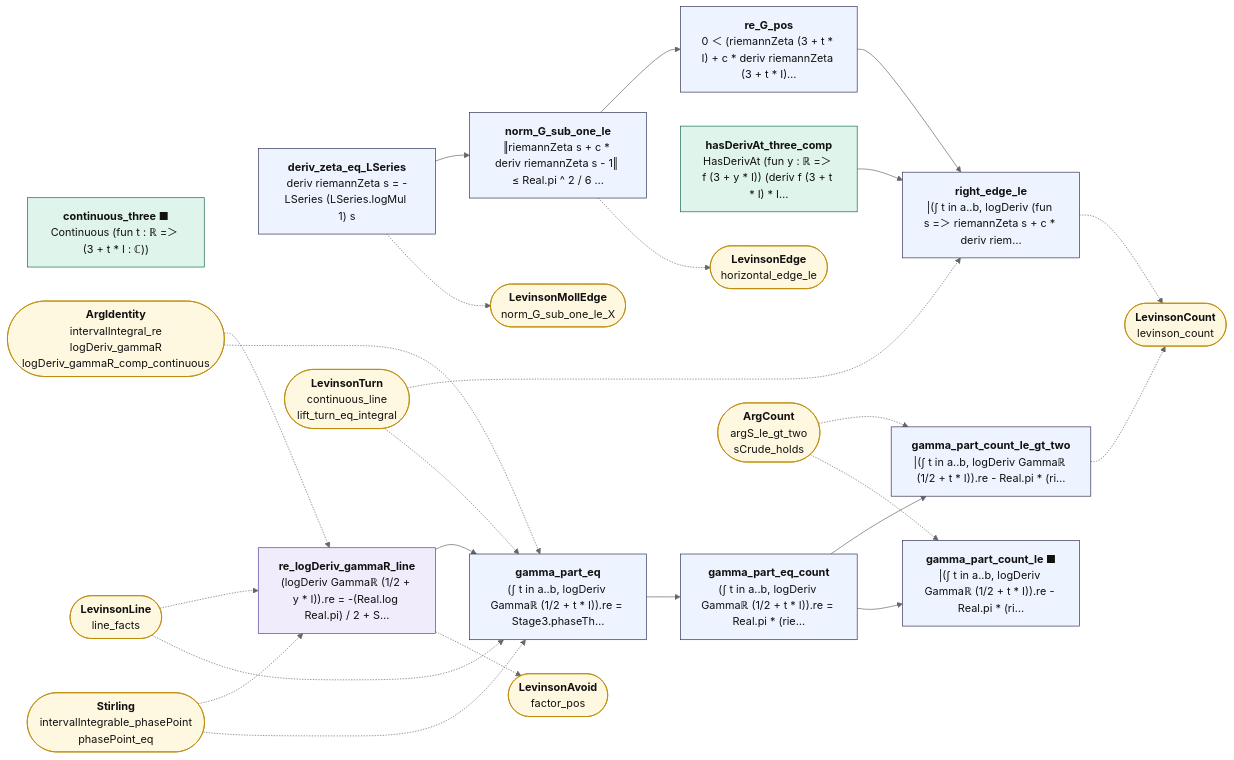
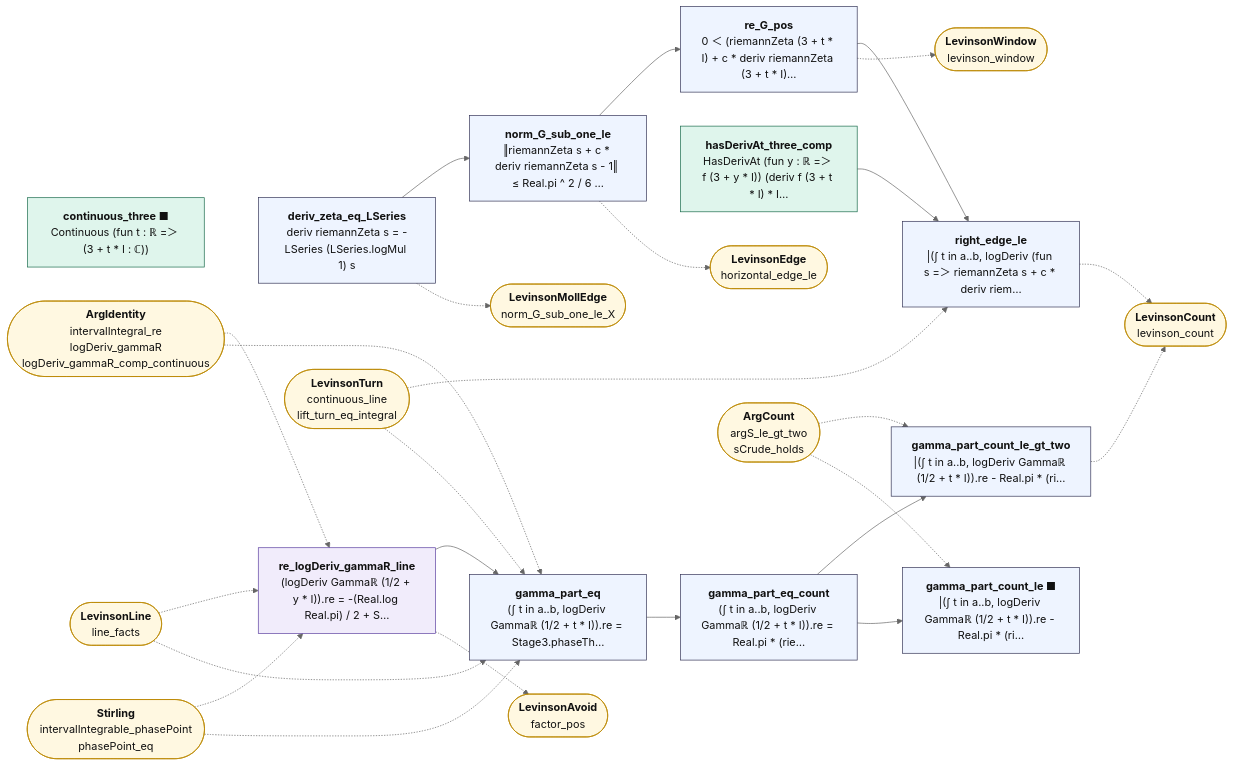
One commit to juliansambranojr/Primebeat_081426 changed the diagram in map/lean_stage3/LevinsonSize.md. Above: the diagram before and after it, drawn with Mermaid (neutral theme). The commit also changed other lines of this file and 37 other files, not shown here.

````diff
--- a/map/lean_stage3/LevinsonSize.md
+++ b/map/lean_stage3/LevinsonSize.md
@@ -14,54 +14,56 @@
 ```mermaid
 flowchart LR
   n0["<b>deriv_zeta_eq_LSeries</b><br/>deriv riemannZeta s = -LSeries (LSeries.logMul 1) s"]:::thm
   n1["<b>norm_G_sub_one_le</b><br/>‖riemannZeta s + c * deriv riemannZeta s - 1‖ ≤ Real.pi ^ 2 / 6 …"]:::thm
   n2["<b>re_G_pos</b><br/>0 ＜ (riemannZeta (3 + t * I) + c * deriv riemannZeta (3 + t * I)…"]:::thm
   n3["<b>hasDerivAt_three_comp</b><br/>HasDerivAt (fun y : ℝ =＞ f (3 + y * I)) (deriv f (3 + t * I) * I…"]:::cnt
   n4["<b>continuous_three ■</b><br/>Continuous (fun t : ℝ =＞ (3 + t * I : ℂ))"]:::cnt
   n5["<b>right_edge_le</b><br/>|(∫ t in a..b, logDeriv (fun s =＞ riemannZeta s + c * deriv riem…"]:::thm
   n6["<b>re_logDeriv_gammaR_line</b><br/>(logDeriv Gammaℝ (1/2 + y * I)).re = -(Real.log Real.pi) / 2 + S…"]:::shp
   n7["<b>gamma_part_eq</b><br/>(∫ t in a..b, logDeriv Gammaℝ (1/2 + t * I)).re = Stage3.phaseTh…"]:::thm
   n8["<b>gamma_part_eq_count</b><br/>(∫ t in a..b, logDeriv Gammaℝ (1/2 + t * I)).re = Real.pi * (rie…"]:::thm
   n9["<b>gamma_part_count_le ■</b><br/>|(∫ t in a..b, logDeriv Gammaℝ (1/2 + t * I)).re - Real.pi * (ri…"]:::thm
   n10["<b>gamma_part_count_le_gt_two</b><br/>|(∫ t in a..b, logDeriv Gammaℝ (1/2 + t * I)).re - Real.pi * (ri…"]:::thm
   x0(["<b>LevinsonMollEdge</b><br/>norm_G_sub_one_le_X"]):::ext
   x1(["<b>LevinsonEdge</b><br/>horizontal_edge_le"]):::ext
-  x2(["<b>LevinsonTurn</b><br/>continuous_line<br/>lift_turn_eq_integral"]):::ext
-  x3(["<b>LevinsonCount</b><br/>levinson_count"]):::ext
-  x4(["<b>ArgIdentity</b><br/>intervalIntegral_re<br/>logDeriv_gammaR<br/>logDeriv_gammaR_comp_continuous"]):::ext
-  x5(["<b>LevinsonLine</b><br/>line_facts"]):::ext
-  x6(["<b>Stirling</b><br/>intervalIntegrable_phasePoint<br/>phasePoint_eq"]):::ext
-  x7(["<b>LevinsonAvoid</b><br/>factor_pos"]):::ext
-  x8(["<b>ArgCount</b><br/>argS_le_gt_two<br/>sCrude_holds"]):::ext
+  x2(["<b>LevinsonWindow</b><br/>levinson_window"]):::ext
+  x3(["<b>LevinsonTurn</b><br/>continuous_line<br/>lift_turn_eq_integral"]):::ext
+  x4(["<b>LevinsonCount</b><br/>levinson_count"]):::ext
+  x5(["<b>ArgIdentity</b><br/>intervalIntegral_re<br/>logDeriv_gammaR<br/>logDeriv_gammaR_comp_continuous"]):::ext
+  x6(["<b>LevinsonLine</b><br/>line_facts"]):::ext
+  x7(["<b>Stirling</b><br/>intervalIntegrable_phasePoint<br/>phasePoint_eq"]):::ext
+  x8(["<b>LevinsonAvoid</b><br/>factor_pos"]):::ext
+  x9(["<b>ArgCount</b><br/>argS_le_gt_two<br/>sCrude_holds"]):::ext
   n0 --> n1
   n1 --> n2
   n2 --> n5
   n3 --> n5
   n6 --> n7
   n7 --> n8
   n8 --> n10
   n8 --> n9
   n0 -.-> x0
   n1 -.-> x1
-  n10 -.-> x3
-  n5 -.-> x3
-  n6 -.-> x7
-  x2 -.-> n5
-  x2 -.-> n7
-  x4 -.-> n6
-  x4 -.-> n7
+  n10 -.-> x4
+  n2 -.-> x2
+  n5 -.-> x4
+  n6 -.-> x8
+  x3 -.-> n5
+  x3 -.-> n7
   x5 -.-> n6
   x5 -.-> n7
   x6 -.-> n6
   x6 -.-> n7
-  x8 -.-> n10
-  x8 -.-> n9
+  x7 -.-> n6
+  x7 -.-> n7
+  x9 -.-> n10
+  x9 -.-> n9
   classDef cnt fill:#dff5ec,stroke:#17694a,color:#111
   classDef shp fill:#f1ecfb,stroke:#5b3fa0,color:#111
   classDef rh fill:#ffe5e5,stroke:#c22,color:#111,stroke-width:2px
   classDef thm fill:#eef4ff,stroke:#335,color:#111
   classDef end_ fill:#e7f7e7,stroke:#2a7,color:#111,stroke-width:2px
   classDef lone fill:#fff,stroke:#999,color:#111,stroke-dasharray:4 3
   classDef bad fill:#ffe5e5,stroke:#c22,color:#111,stroke-width:2px
   classDef ext fill:#fff8e1,stroke:#b80,color:#111
 ```
````
